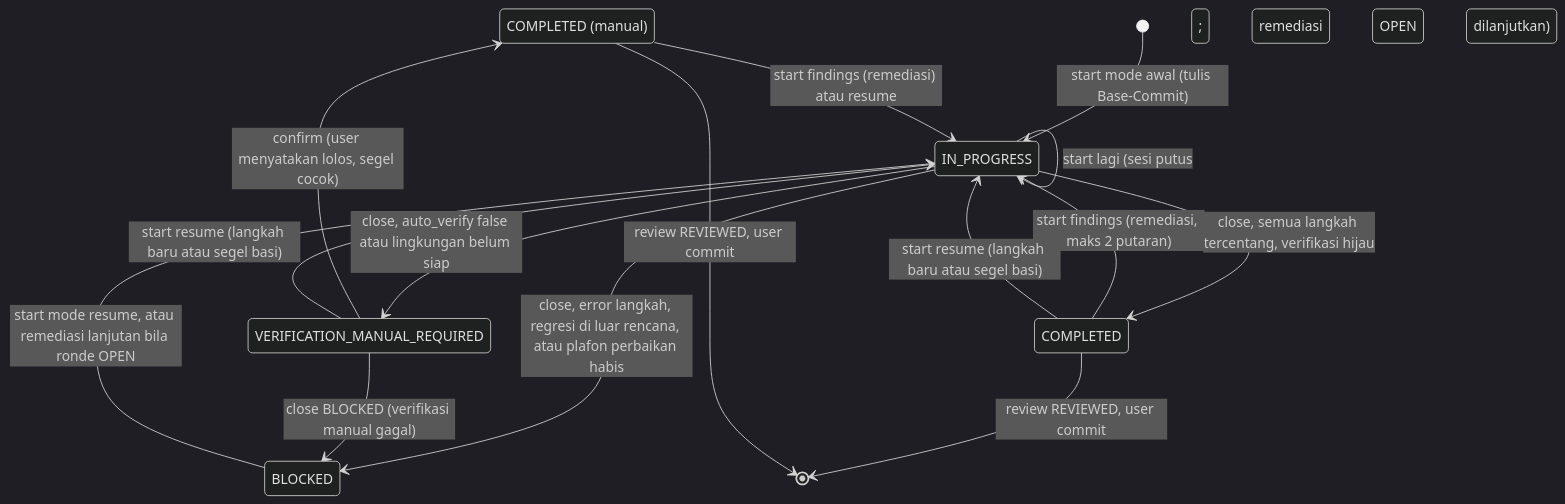
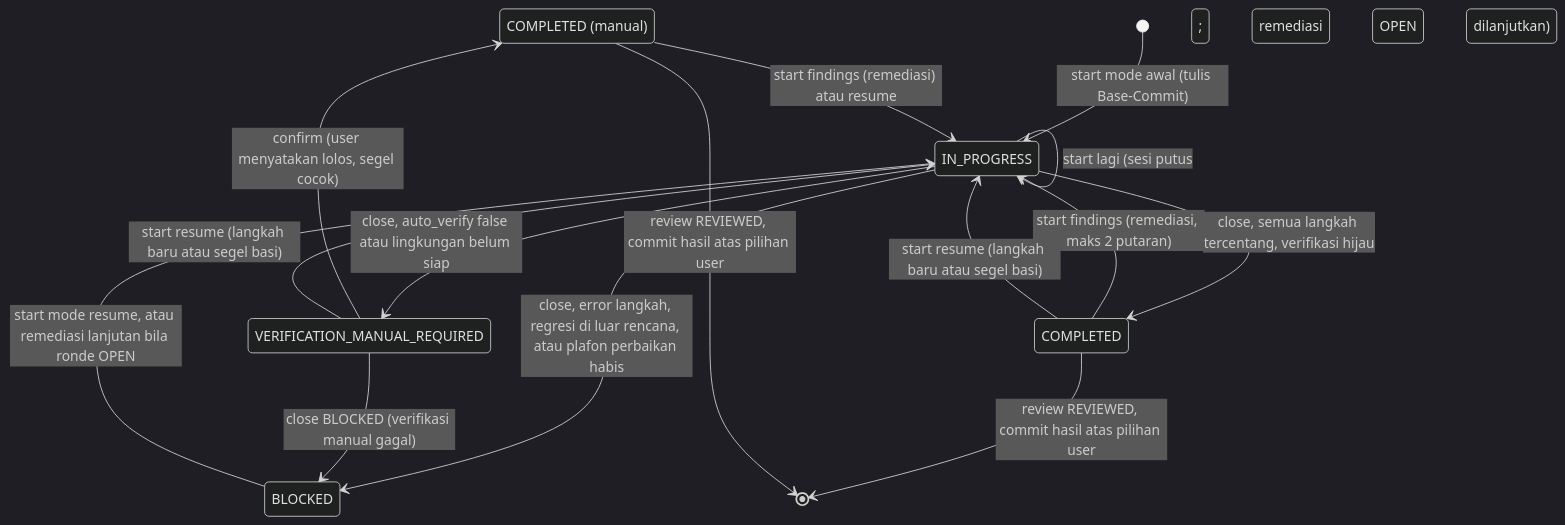
Before and after one commit to nataflow/agentic-workflow: the sixth of 6 diagrams in flow/quickdev.md, drawn with Mermaid (dark theme). The commit also changed other lines of this file and 13 other files, not shown here.

````diff
--- a/flow/quickdev.md
+++ b/flow/quickdev.md
@@ -335,18 +341,18 @@
 ```mermaid
 stateDiagram-v2
     state "COMPLETED (manual)" as COMPLETED_MANUAL
     [*] --> IN_PROGRESS : start mode awal (tulis Base-Commit)
     IN_PROGRESS --> COMPLETED : close, semua langkah tercentang, verifikasi hijau
     IN_PROGRESS --> VERIFICATION_MANUAL_REQUIRED : close, auto_verify false atau lingkungan belum siap
     IN_PROGRESS --> BLOCKED : close, error langkah, regresi di luar rencana, atau plafon perbaikan habis
     IN_PROGRESS --> IN_PROGRESS : start lagi (sesi putus; remediasi OPEN dilanjutkan)
     BLOCKED --> IN_PROGRESS : start mode resume, atau remediasi lanjutan bila ronde OPEN
     VERIFICATION_MANUAL_REQUIRED --> COMPLETED_MANUAL : confirm (user menyatakan lolos, segel cocok)
     VERIFICATION_MANUAL_REQUIRED --> BLOCKED : close BLOCKED (verifikasi manual gagal)
     VERIFICATION_MANUAL_REQUIRED --> IN_PROGRESS : start resume (langkah baru atau segel basi)
     COMPLETED --> IN_PROGRESS : start findings (remediasi, maks 2 putaran)
     COMPLETED --> IN_PROGRESS : start resume (langkah baru atau segel basi)
     COMPLETED_MANUAL --> IN_PROGRESS : start findings (remediasi) atau resume
-    COMPLETED --> [*] : review REVIEWED, user commit
-    COMPLETED_MANUAL --> [*] : review REVIEWED, user commit
+    COMPLETED --> [*] : review REVIEWED, commit hasil atas pilihan user
+    COMPLETED_MANUAL --> [*] : review REVIEWED, commit hasil atas pilihan user
 ```
````
